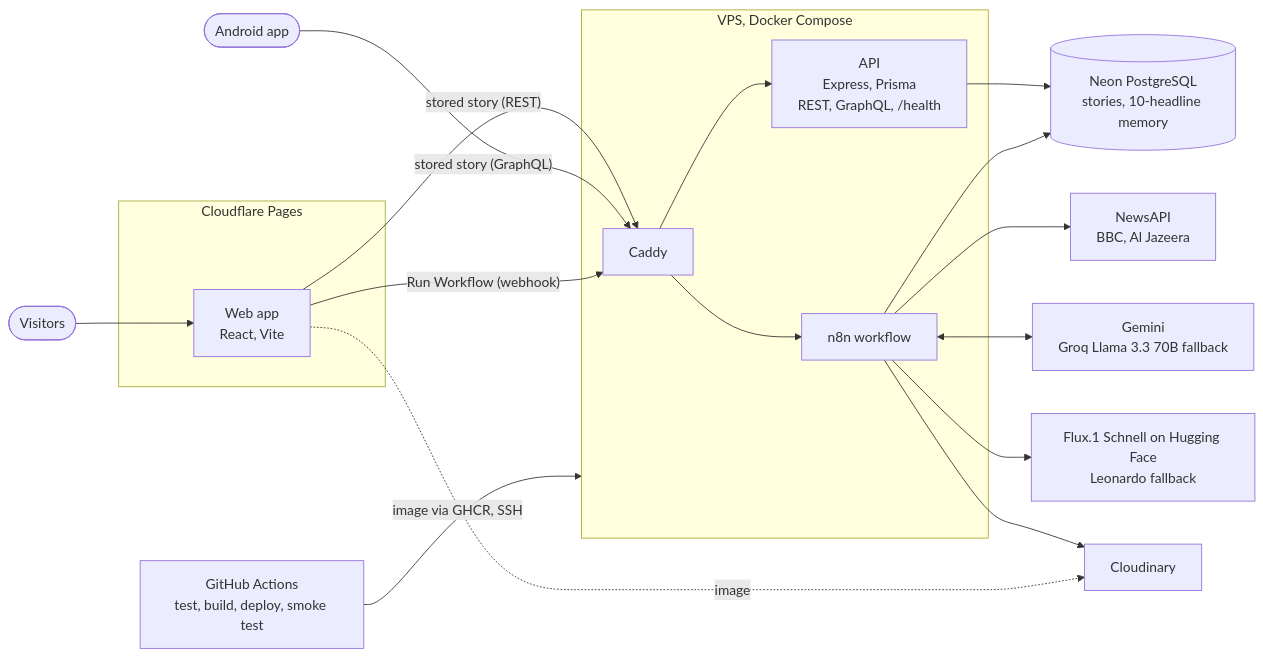
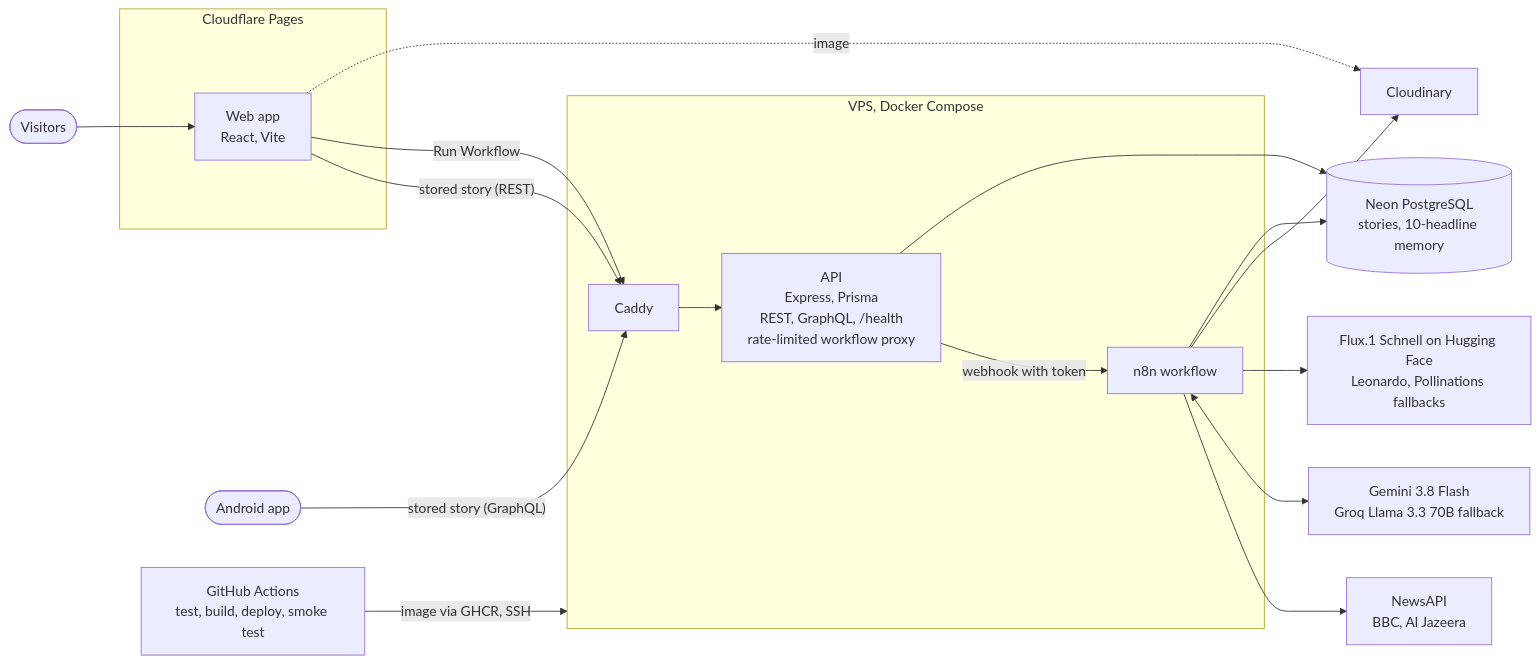
The diagram in README.md (jonorl/agentic-ai-news-to-image), drawn with Mermaid before and after one commit. The commit also changed other lines of this file and 20 other files, not shown here.

Commit message:
Fix: Rate limited plus minor fixes

````diff
--- a/README.md
+++ b/README.md
@@ -19,37 +19,37 @@
 ```mermaid
 flowchart LR
     visitors(["Visitors"])
     android(["Android app"])
 
     subgraph pages["Cloudflare Pages"]
         web["Web app<br/>React, Vite"]
     end
 
     subgraph vps["VPS, Docker Compose"]
         caddy["Caddy"]
-        api["API<br/>Express, Prisma<br/>REST, GraphQL, /health"]
+        api["API<br/>Express, Prisma<br/>REST, GraphQL, /health<br/>rate-limited workflow proxy"]
         n8n["n8n workflow"]
     end
 
     neon[("Neon PostgreSQL<br/>stories, 10-headline memory")]
     news["NewsAPI<br/>BBC, Al Jazeera"]
-    llm["Gemini<br/>Groq Llama 3.3 70B fallback"]
-    img["Flux.1 Schnell on Hugging Face<br/>Leonardo fallback"]
+    llm["Gemini 3.8 Flash<br/>Groq Llama 3.3 70B fallback"]
+    img["Flux.1 Schnell on Hugging Face<br/>Leonardo, Pollinations fallbacks"]
     cdn["Cloudinary"]
     gha["GitHub Actions<br/>test, build, deploy, smoke test"]
 
     visitors --> web
     web -- "stored story (REST)" --> caddy
     android -- "stored story (GraphQL)" --> caddy
-    web -- "Run Workflow (webhook)" --> caddy
+    web -- "Run Workflow" --> caddy
     caddy --> api
-    caddy --> n8n
+    api -- "webhook with token" --> n8n
     api --> neon
     n8n --> news
     n8n <--> llm
     n8n --> img
     n8n --> cdn
     n8n --> neon
     web -. "image" .-> cdn
     gha -- "image via GHCR, SSH" --> vps
 ```
````
